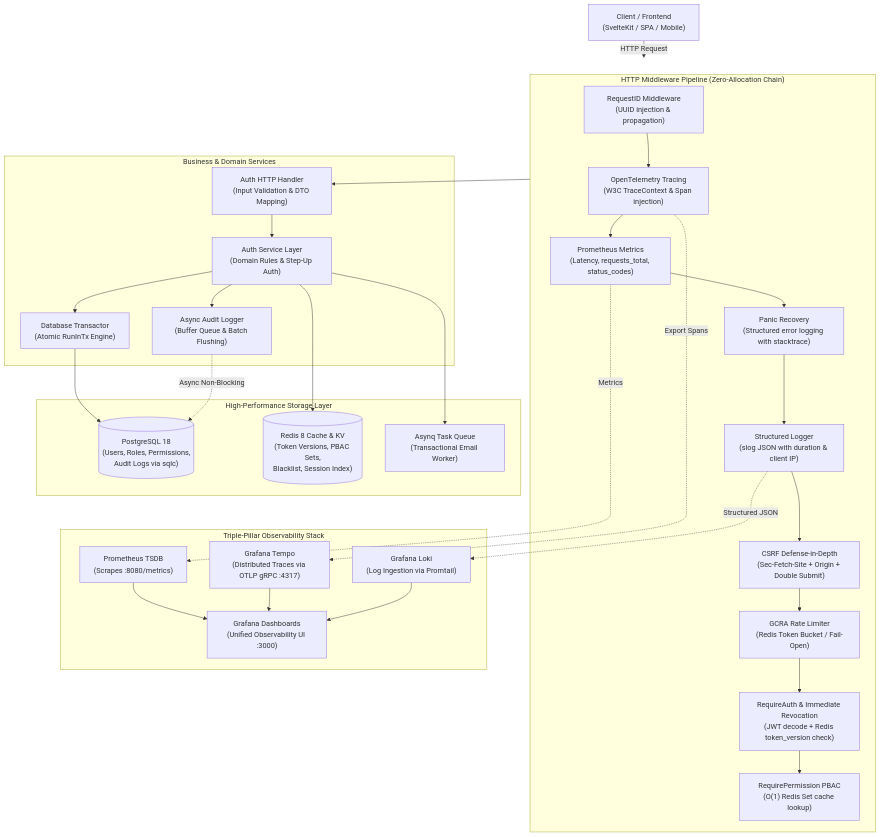
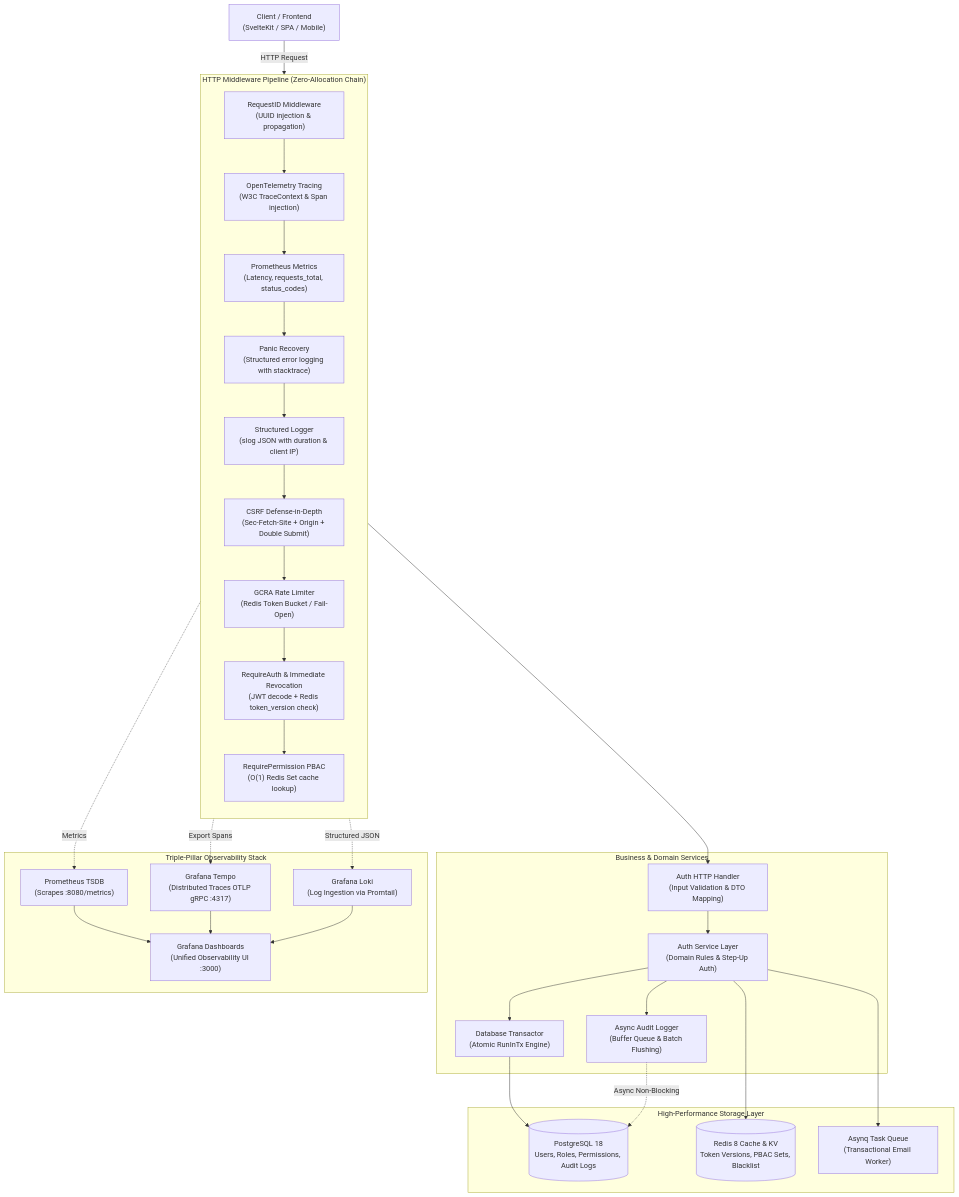
One commit to FardanHadafi/Authentication-Authorization changed the diagram in README.md. Above: the diagram before and after it, drawn with Mermaid.

Commit message:
docs(readme): optimize mermaid diagram syntax for GitHub renderer compatibility

````diff
--- a/README.md
+++ b/README.md
@@ -61,54 +61,55 @@
 ```mermaid
 flowchart TD
-    Client["Client / Frontend\n(SvelteKit / SPA / Mobile)"]
+    Client["Client / Frontend<br/>(SvelteKit / SPA / Mobile)"]
 
     subgraph MiddlewareChain ["HTTP Middleware Pipeline (Zero-Allocation Chain)"]
-        M1["RequestID Middleware\n(UUID injection & propagation)"]
-        M2["OpenTelemetry Tracing\n(W3C TraceContext & Span injection)"]
-        M3["Prometheus Metrics\n(Latency, requests_total, status_codes)"]
-        M4["Panic Recovery\n(Structured error logging with stacktrace)"]
-        M5["Structured Logger\n(slog JSON with duration & client IP)"]
-        M6["CSRF Defense-in-Depth\n(Sec-Fetch-Site + Origin + Double Submit)"]
-        M7["GCRA Rate Limiter\n(Redis Token Bucket / Fail-Open)"]
-        M8["RequireAuth & Immediate Revocation\n(JWT decode + Redis token_version check)"]
-        M9["RequirePermission PBAC\n(O(1) Redis Set cache lookup)"]
+        direction TB
+        M1["RequestID Middleware<br/>(UUID injection & propagation)"]
+        M2["OpenTelemetry Tracing<br/>(W3C TraceContext & Span injection)"]
+        M3["Prometheus Metrics<br/>(Latency, requests_total, status_codes)"]
+        M4["Panic Recovery<br/>(Structured error logging with stacktrace)"]
+        M5["Structured Logger<br/>(slog JSON with duration & client IP)"]
+        M6["CSRF Defense-in-Depth<br/>(Sec-Fetch-Site + Origin + Double Submit)"]
+        M7["GCRA Rate Limiter<br/>(Redis Token Bucket / Fail-Open)"]
+        M8["RequireAuth & Immediate Revocation<br/>(JWT decode + Redis token_version check)"]
+        M9["RequirePermission PBAC<br/>(O(1) Redis Set cache lookup)"]
         M1 --> M2 --> M3 --> M4 --> M5 --> M6 --> M7 --> M8 --> M9
     end
 
     subgraph ServiceLayer ["Business & Domain Services"]
-        AuthHandler["Auth HTTP Handler\n(Input Validation & DTO Mapping)"]
-        AuthService["Auth Service Layer\n(Domain Rules & Step-Up Auth)"]
-        Transactor["Database Transactor\n(Atomic RunInTx Engine)"]
-        AuditWorker["Async Audit Logger\n(Buffer Queue & Batch Flushing)"]
+        AuthHandler["Auth HTTP Handler<br/>(Input Validation & DTO Mapping)"]
+        AuthService["Auth Service Layer<br/>(Domain Rules & Step-Up Auth)"]
+        Transactor["Database Transactor<br/>(Atomic RunInTx Engine)"]
+        AuditWorker["Async Audit Logger<br/>(Buffer Queue & Batch Flushing)"]
     end
 
     subgraph StorageLayer ["High-Performance Storage Layer"]
-        Postgres[("PostgreSQL 18\n(Users, Roles, Permissions,\nAudit Logs via sqlc)")]
-        Redis[("Redis 8 Cache & KV\n(Token Versions, PBAC Sets,\nBlacklist, Session Index)")]
-        AsynqQueue["Asynq Task Queue\n(Transactional Email Worker)"]
+        Postgres[("PostgreSQL 18<br/>Users, Roles, Permissions, Audit Logs")]
+        Redis[("Redis 8 Cache & KV<br/>Token Versions, PBAC Sets, Blacklist")]
+        AsynqQueue["Asynq Task Queue<br/>(Transactional Email Worker)"]
     end
 
     subgraph TelemetryStack ["Triple-Pillar Observability Stack"]
-        Prometheus["Prometheus TSDB\n(Scrapes :8080/metrics)"]
-        Tempo["Grafana Tempo\n(Distributed Traces via OTLP gRPC :4317)"]
-        Loki["Grafana Loki\n(Log Ingestion via Promtail)"]
-        Grafana["Grafana Dashboards\n(Unified Observability UI :3000)"]
+        Prometheus["Prometheus TSDB<br/>(Scrapes :8080/metrics)"]
+        Tempo["Grafana Tempo<br/>(Distributed Traces OTLP gRPC :4317)"]
+        Loki["Grafana Loki<br/>(Log Ingestion via Promtail)"]
+        Grafana["Grafana Dashboards<br/>(Unified Observability UI :3000)"]
     end
 
-    Client -->|HTTP Request| MiddlewareChain
-    MiddlewareChain --> AuthHandler
+    Client -->|HTTP Request| M1
+    M9 --> AuthHandler
     AuthHandler --> AuthService
     AuthService --> Transactor
     Transactor --> Postgres
     AuthService --> Redis
     AuthService --> AsynqQueue
     AuthService --> AuditWorker
     AuditWorker -.->|Async Non-Blocking| Postgres
 
     M2 -.->|Export Spans| Tempo
     M3 -.->|Metrics| Prometheus
     M5 -.->|Structured JSON| Loki
     Prometheus --> Grafana
     Tempo --> Grafana
     Loki --> Grafana
 ```
````
